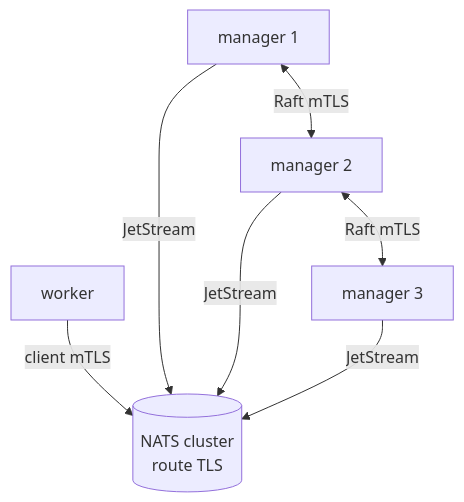
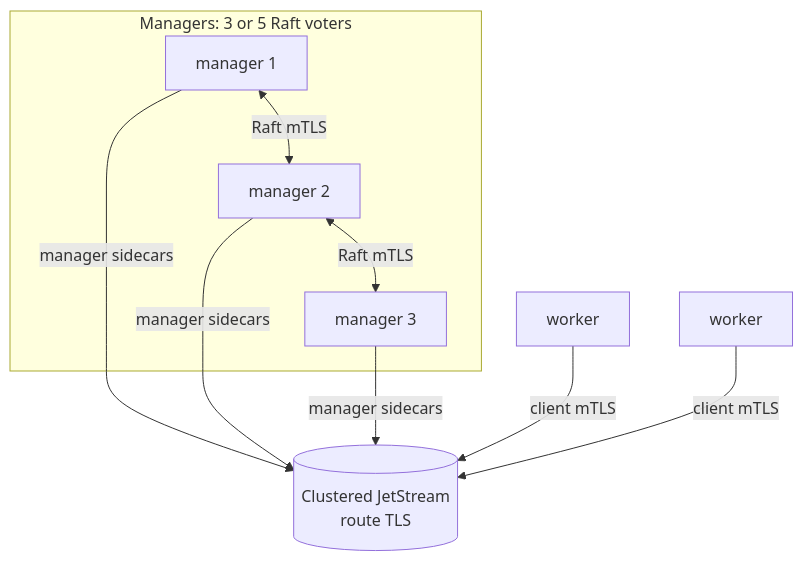
Before and after one commit to lithqube/minga: the second of 2 diagrams in docs/topologies.md, drawn with Mermaid. The commit also changed other lines of this file and 9 other files, not shown here.

Commit message:
feat: prove managers-only Raft topologies

````diff
--- a/docs/topologies.md
+++ b/docs/topologies.md
@@ -123,8 +122,11 @@
 ```mermaid
 flowchart TB
-  natsx[("NATS cluster<br/>route TLS")]
-  m1["manager 1"] <-->|Raft mTLS| m2["manager 2"]
-  m2 <-->|Raft mTLS| m3["manager 3"]
-  w["worker"] -->|client mTLS| natsx
-  m1 & m2 & m3 -->|JetStream| natsx
+  subgraph managers["Managers: 3 or 5 Raft voters"]
+    m1["manager 1"] <-->|Raft mTLS| m2["manager 2"]
+    m2 <-->|Raft mTLS| m3["manager 3"]
+  end
+  js[("Clustered JetStream<br/>route TLS")]
+  m1 & m2 & m3 -->|manager sidecars| js
+  w1["worker"] -->|client mTLS| js
+  w2["worker"] -->|client mTLS| js
 ```
````
